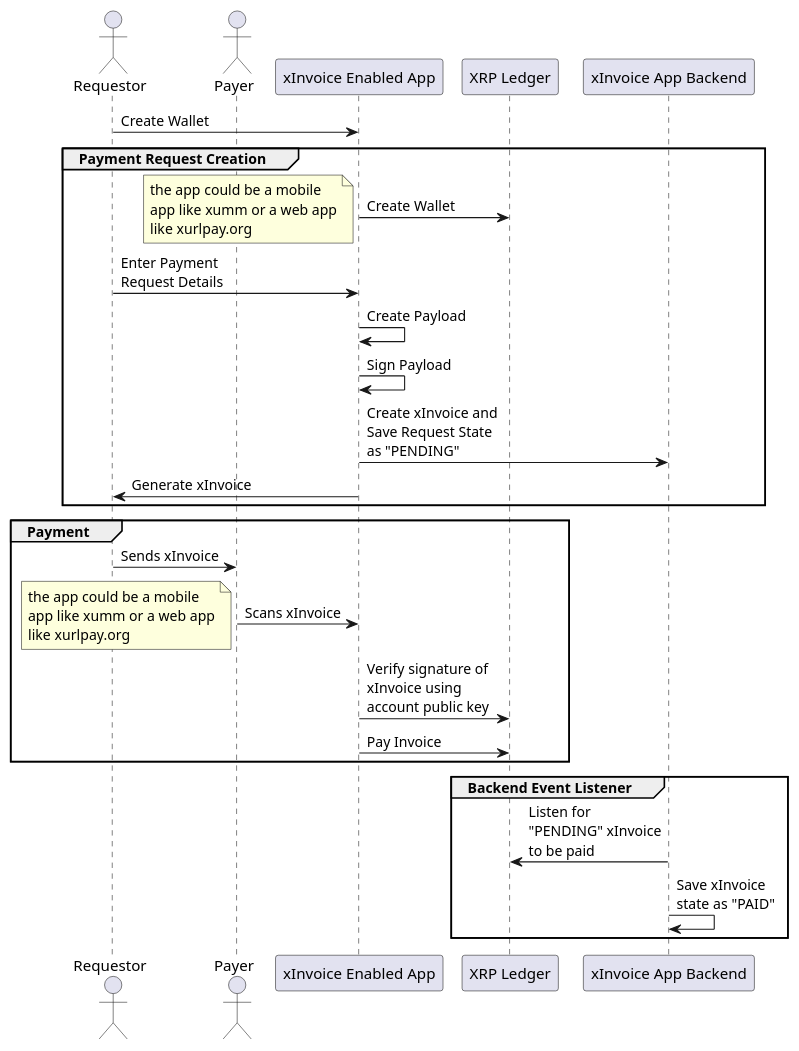
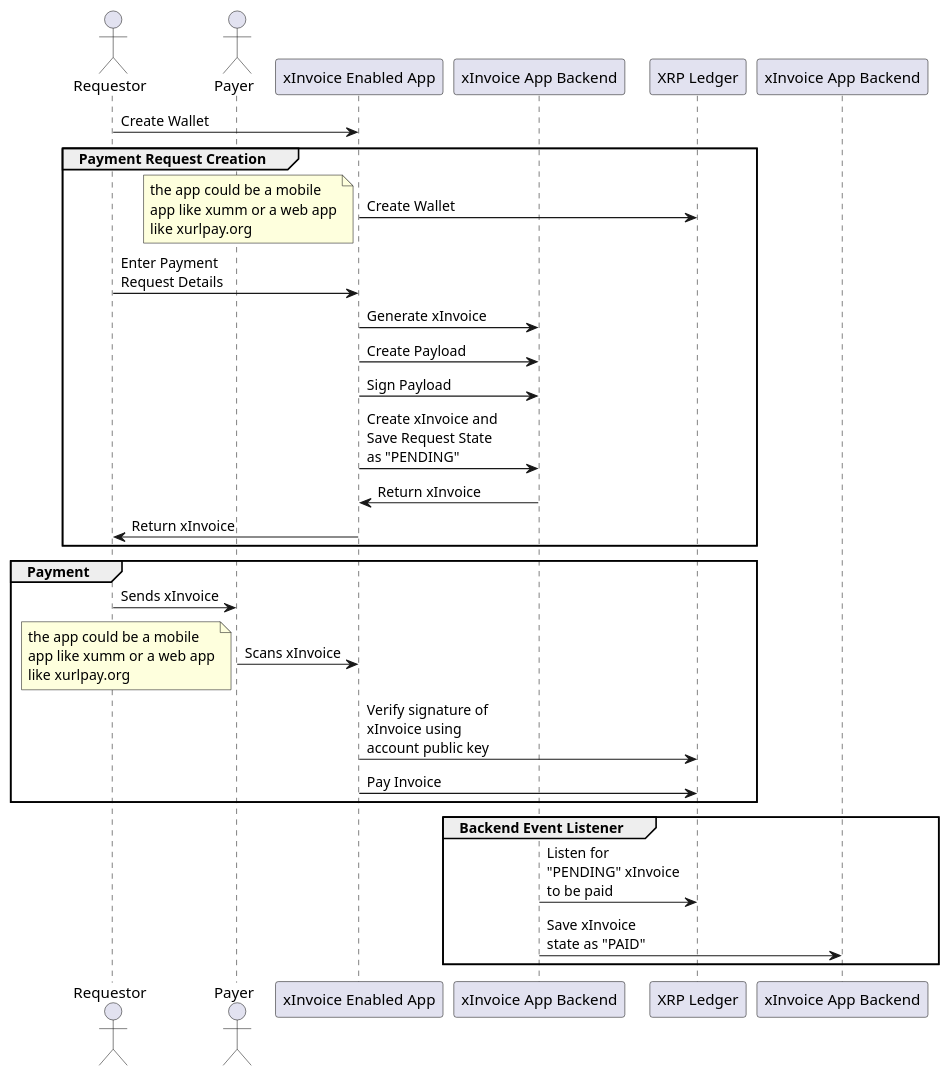
Before and after one commit to claytantor/xrpl-poc-python: the diagram in docs/xinvoice-sequence.puml, drawn with PlantUML. The commit also changed 5 other files, not shown here.

Commit message:
update xurl sequence

```diff
--- a/docs/xinvoice-sequence.puml
+++ b/docs/xinvoice-sequence.puml
@@ -1,35 +1,37 @@
-@startuml payment_request_sequence
+@startuml xinvoice_sequence
 
 actor Requestor as Requestor
 actor Payer as Payer
 participant "xInvoice Enabled App" as xInvoiceApp
+participant "xInvoice App Backend" as xInvoiceBackend
 
 Requestor -> xInvoiceApp: Create Wallet
 
 group Payment Request Creation
 xInvoiceApp -> "XRP Ledger": Create Wallet
 note left: the app could be a mobile\napp like xumm or a web app\nlike xurlpay.org
 Requestor -> xInvoiceApp: Enter Payment\nRequest Details
-xInvoiceApp -> xInvoiceApp: Create Payload
-xInvoiceApp -> xInvoiceApp: Sign Payload
-xInvoiceApp -> "xInvoice App Backend": Create xInvoice and\nSave Request State\nas "PENDING"
-xInvoiceApp -> "Requestor": Generate xInvoice
+xInvoiceApp -> xInvoiceBackend: Generate xInvoice
+xInvoiceApp -> xInvoiceBackend: Create Payload
+xInvoiceApp -> xInvoiceBackend: Sign Payload
+xInvoiceApp -> xInvoiceBackend: Create xInvoice and\nSave Request State\nas "PENDING"
+xInvoiceBackend -> xInvoiceApp: Return xInvoice
+xInvoiceApp -> Requestor: Return xInvoice
 end
 
 group Payment
 Requestor -> "Payer": Sends xInvoice
 Payer -> xInvoiceApp: Scans xInvoice
 note left: the app could be a mobile\napp like xumm or a web app\nlike xurlpay.org
 
 xInvoiceApp -> "XRP Ledger": Verify signature of \nxInvoice using\naccount public key
 xInvoiceApp -> "XRP Ledger": Pay Invoice
 end
 
 group Backend Event Listener
-"xInvoice App Backend" -> "XRP Ledger": Listen for\n"PENDING" xInvoice\nto be paid
-"xInvoice App Backend" -> "xInvoice App Backend": Save xInvoice\nstate as "PAID"
-
+xInvoiceBackend -> "XRP Ledger": Listen for\n"PENDING" xInvoice\nto be paid
+xInvoiceBackend -> "xInvoice App Backend": Save xInvoice\nstate as "PAID"
 end
 
 
 @enduml
```
